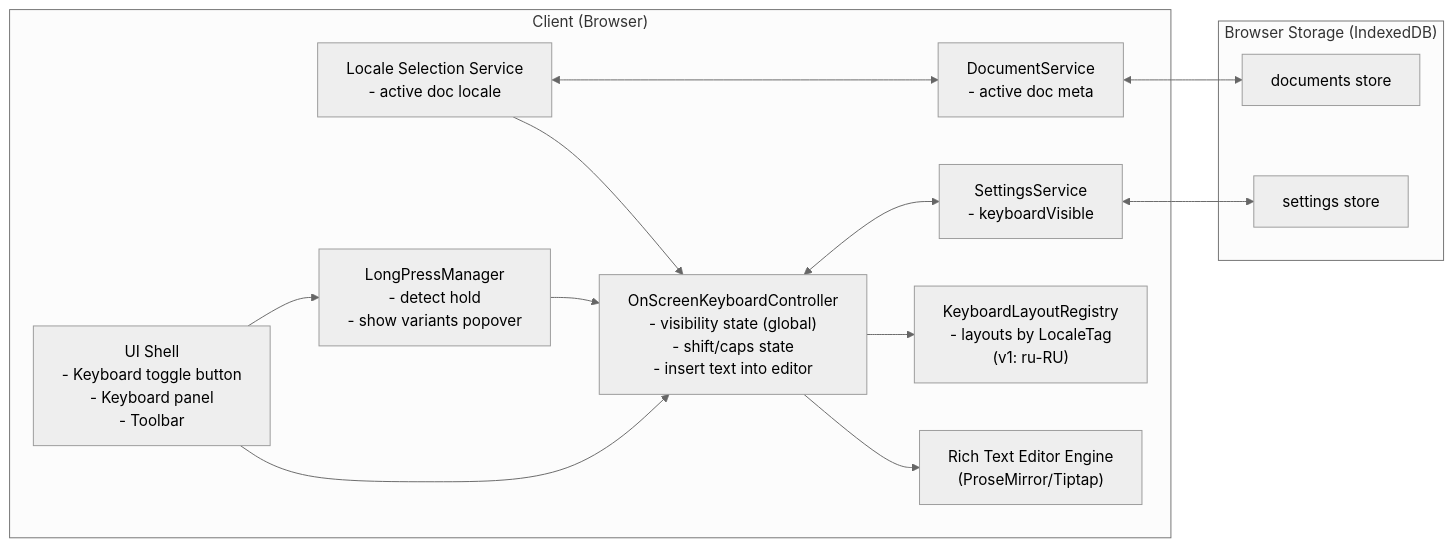
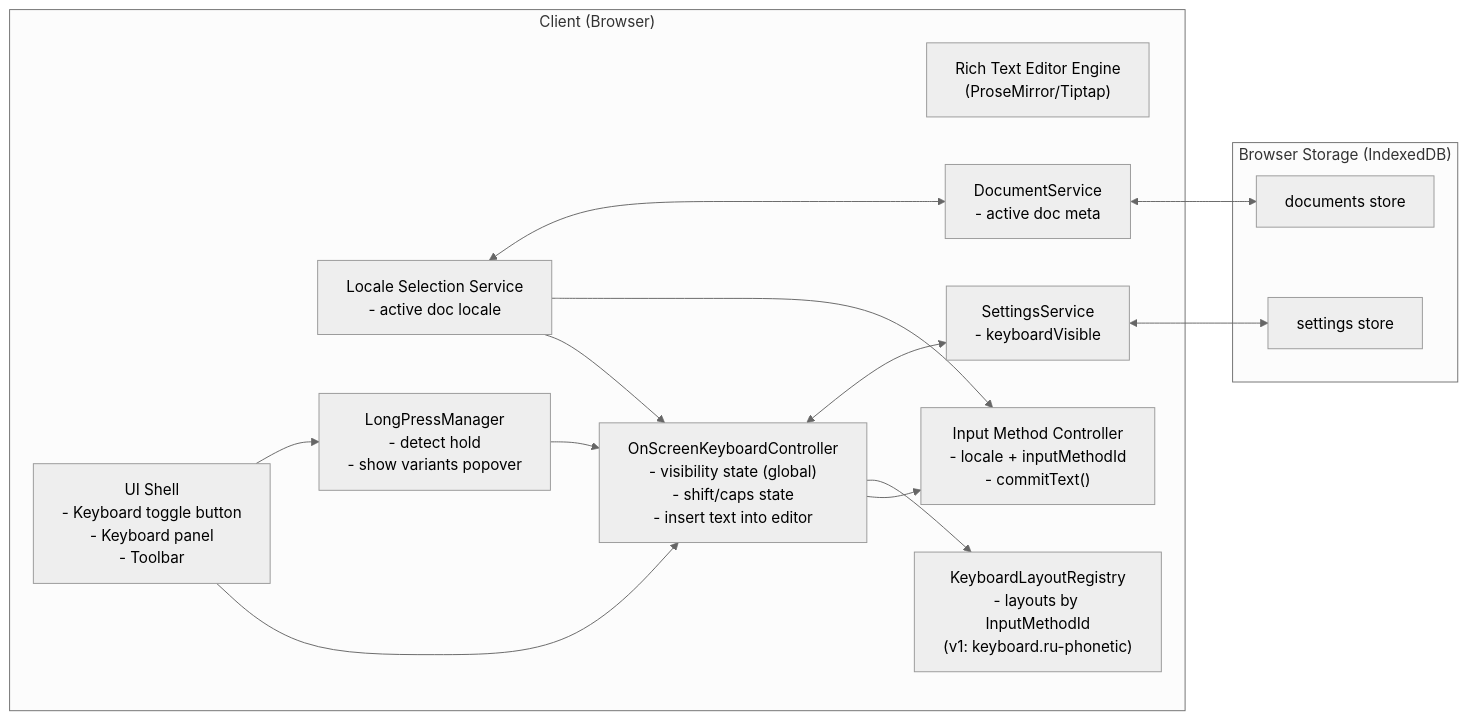
One commit to TommyKolb/GlossaDocs changed the first of 8 diagrams in docs/user-story-3-onscreen-keyboard-spec.md. Above: the diagram before and after it, drawn with Mermaid (neutral theme). The commit also changed other lines of this file and 5 other files, not shown here.

````diff
--- a/docs/user-story-3-onscreen-keyboard-spec.md
+++ b/docs/user-story-3-onscreen-keyboard-spec.md
@@ -47,30 +49,32 @@
 ```mermaid
 flowchart LR
   subgraph Browser["Client (Browser)"]
     UI["UI Shell<br/>- Keyboard toggle button<br/>- Keyboard panel<br/>- Toolbar"]
     Editor["Rich Text Editor Engine<br/>(ProseMirror/Tiptap)"]
     LocaleSvc["Locale Selection Service<br/>- active doc locale"]
+    InputMethod["Input Method Controller<br/>- locale + inputMethodId<br/>- commitText()"]
     KeyboardCtrl["OnScreenKeyboardController<br/>- visibility state (global)<br/>- shift/caps state<br/>- insert text into editor"]
-    Layouts["KeyboardLayoutRegistry<br/>- layouts by LocaleTag<br/>(v1: ru-RU)"]
+    Layouts["KeyboardLayoutRegistry<br/>- layouts by InputMethodId<br/>(v1: keyboard.ru-phonetic)"]
     LongPress["LongPressManager<br/>- detect hold<br/>- show variants popover"]
     SettingsSvc["SettingsService<br/>- keyboardVisible"]
     DocSvc["DocumentService<br/>- active doc meta"]
   end
 
   subgraph IDB["Browser Storage (IndexedDB)"]
     Docs["documents store"]
     Settings["settings store"]
   end
 
   UI --> KeyboardCtrl
   UI --> LongPress
-  KeyboardCtrl --> Editor
+  KeyboardCtrl --> InputMethod
   KeyboardCtrl --> Layouts
 
   LocaleSvc --> KeyboardCtrl
+  LocaleSvc --> InputMethod
   DocSvc <--> Docs
   SettingsSvc <--> Settings
   KeyboardCtrl <--> SettingsSvc
   LocaleSvc <--> DocSvc
   LongPress --> KeyboardCtrl
 ```
````
